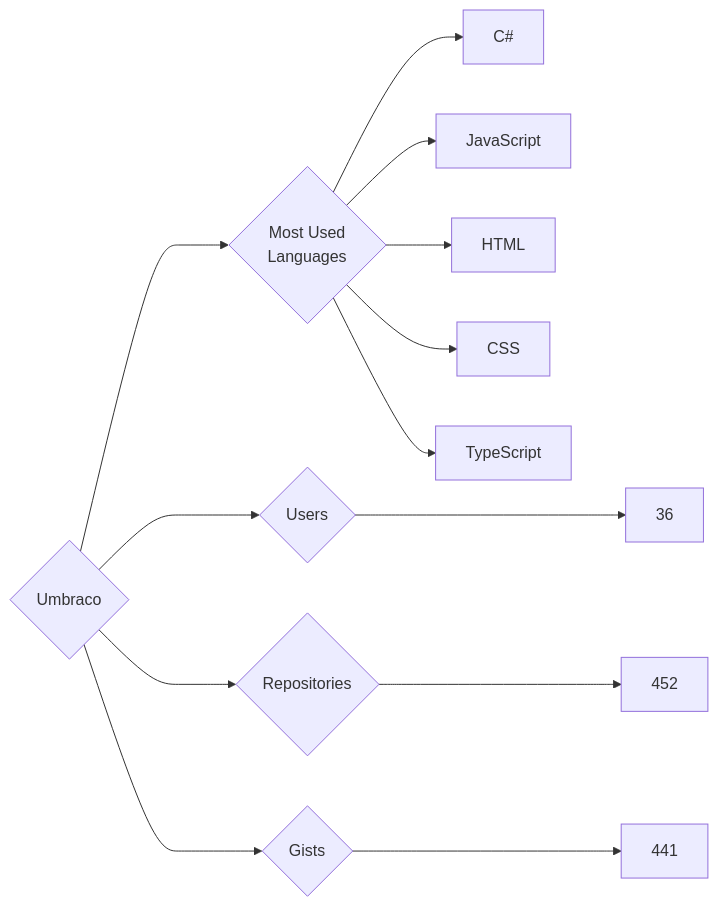
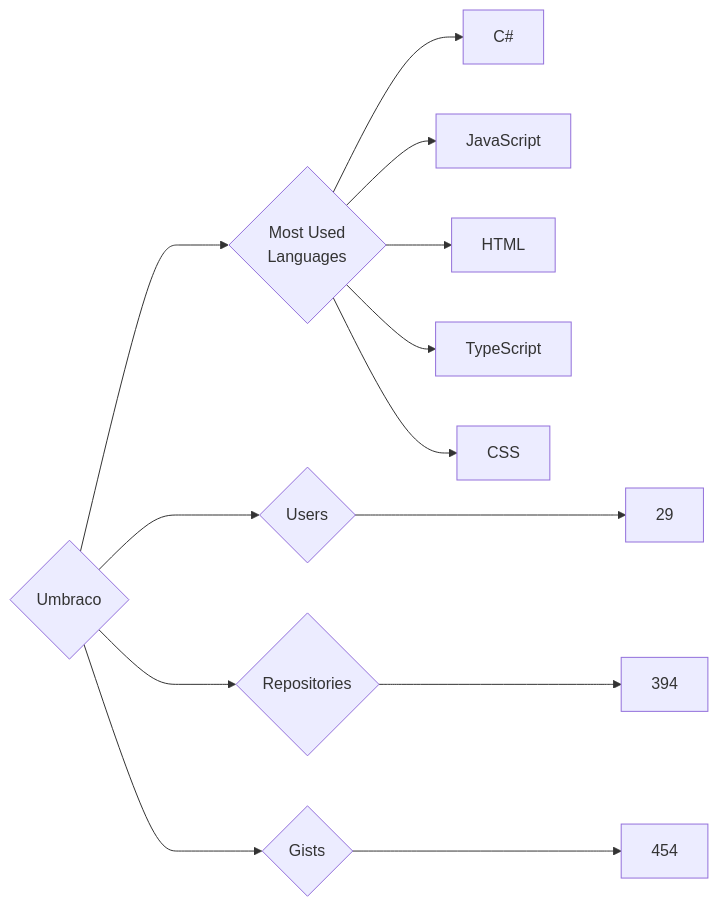
One commit to trickest/insiders changed the diagram in targets/Umbraco/README.md. Above: the diagram before and after it, drawn with Mermaid. The commit also changed 969 other files, not shown here.

````diff
--- a/targets/Umbraco/README.md
+++ b/targets/Umbraco/README.md
@@ -3,13 +3,13 @@
 ```mermaid
 graph LR
 COMPANY_NAME{Umbraco}
-COMPANY_NAME ---> U{Users} ---> UN[36]
-COMPANY_NAME ---> R{Repositories} ---> RN[452]
-COMPANY_NAME ---> G{Gists} ---> GN[441]
+COMPANY_NAME ---> U{Users} ---> UN[29]
+COMPANY_NAME ---> R{Repositories} ---> RN[394]
+COMPANY_NAME ---> G{Gists} ---> GN[454]
 COMPANY_NAME ---> ML{Most Used<br>Languages}
 ML --> C#[C#]
 ML --> JavaScript[JavaScript]
 ML --> HTML[HTML]
+ML --> TypeScript[TypeScript]
 ML --> CSS[CSS]
-ML --> TypeScript[TypeScript]
 ```
````
